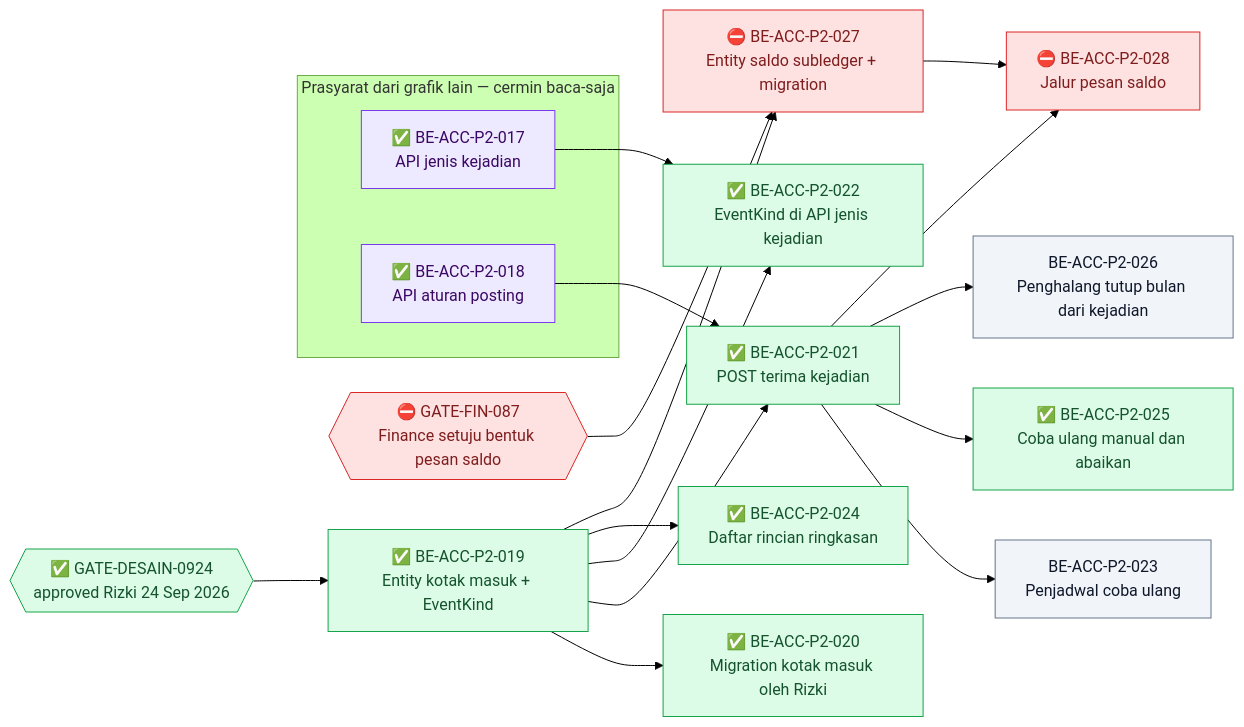
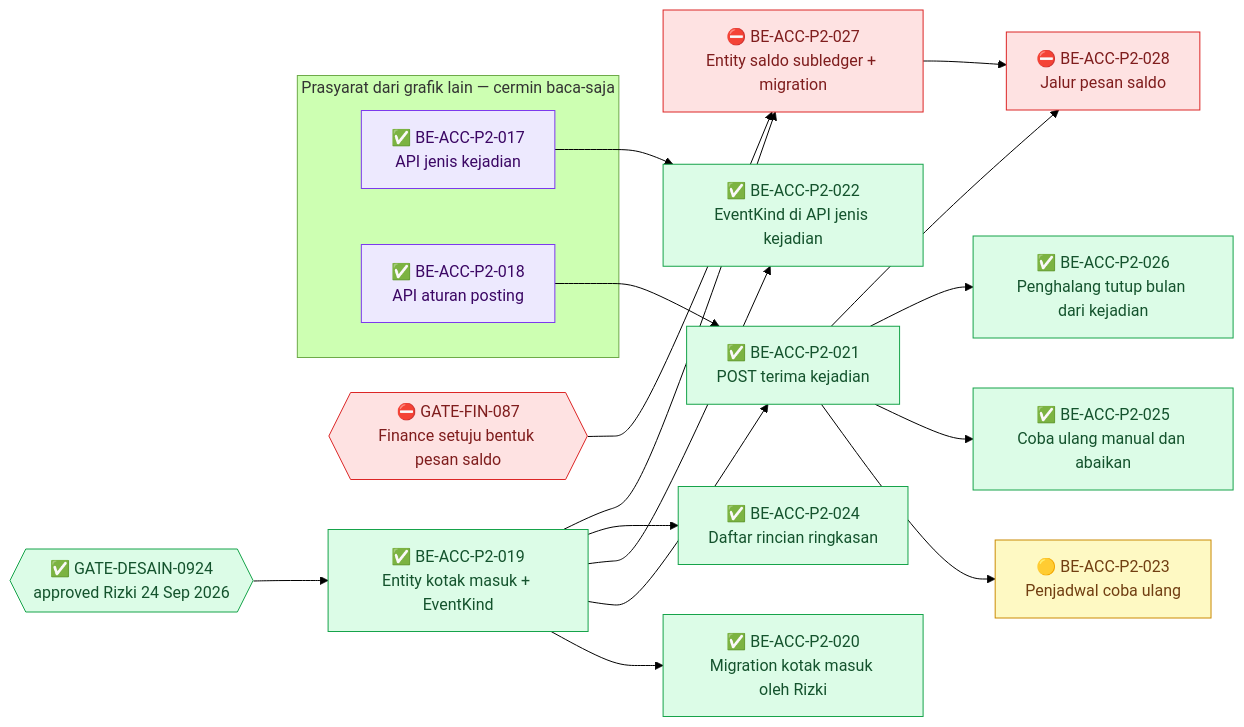
Before and after one commit to DevBenari/NewQuilvianSystemBackend: the fourth of 4 diagrams in docs/module-blueprints/accounting/roadmap/backend-roadmap-phase2.md, drawn with Mermaid (forest theme). The commit also changed other lines of this file and 15 other files, not shown here.

````diff
--- a/docs/module-blueprints/accounting/roadmap/backend-roadmap-phase2.md
+++ b/docs/module-blueprints/accounting/roadmap/backend-roadmap-phase2.md
@@ -691,42 +691,42 @@
 ```mermaid
 flowchart LR
     classDef selesai fill:#DCFCE7,stroke:#16A34A,color:#14532D
     classDef sebagian fill:#FEF9C3,stroke:#CA8A04,color:#713F12
     classDef terblokir fill:#FEE2E2,stroke:#DC2626,color:#7F1D1D
     classDef belum fill:#F1F5F9,stroke:#64748B,color:#0F172A
     classDef luar fill:#EDE9FE,stroke:#7C3AED,color:#3B0764
 
     subgraph cermin["Prasyarat dari grafik lain — cermin baca-saja"]
         MBEACCP2017["✅ BE-ACC-P2-017<br/>API jenis kejadian"]:::luar
         MBEACCP2018["✅ BE-ACC-P2-018<br/>API aturan posting"]:::luar
     end
 
     GDES{{"✅ GATE-DESAIN-0924<br/>approved Rizki 24 Sep 2026"}}:::selesai
     GFIN{{"⛔ GATE-FIN-087<br/>Finance setuju bentuk pesan saldo"}}:::terblokir
 
     BEACCP2019["✅ BE-ACC-P2-019<br/>Entity kotak masuk + EventKind"]:::selesai
     BEACCP2020["✅ BE-ACC-P2-020<br/>Migration kotak masuk oleh Rizki"]:::selesai
     BEACCP2021["✅ BE-ACC-P2-021<br/>POST terima kejadian"]:::selesai
     BEACCP2022["✅ BE-ACC-P2-022<br/>EventKind di API jenis kejadian"]:::selesai
-    BEACCP2023["BE-ACC-P2-023<br/>Penjadwal coba ulang"]:::belum
+    BEACCP2023["🟡 BE-ACC-P2-023<br/>Penjadwal coba ulang"]:::sebagian
     BEACCP2024["✅ BE-ACC-P2-024<br/>Daftar rincian ringkasan"]:::selesai
     BEACCP2025["✅ BE-ACC-P2-025<br/>Coba ulang manual dan abaikan"]:::selesai
-    BEACCP2026["BE-ACC-P2-026<br/>Penghalang tutup bulan dari kejadian"]:::belum
+    BEACCP2026["✅ BE-ACC-P2-026<br/>Penghalang tutup bulan dari kejadian"]:::selesai
     BEACCP2027["⛔ BE-ACC-P2-027<br/>Entity saldo subledger + migration"]:::terblokir
     BEACCP2028["⛔ BE-ACC-P2-028<br/>Jalur pesan saldo"]:::terblokir
 
     GDES --> BEACCP2019
     BEACCP2019 --> BEACCP2020
     BEACCP2019 --> BEACCP2021
     MBEACCP2018 --> BEACCP2021
     BEACCP2019 --> BEACCP2022
     MBEACCP2017 --> BEACCP2022
     BEACCP2021 --> BEACCP2023
     BEACCP2019 --> BEACCP2024
     BEACCP2021 --> BEACCP2025
     BEACCP2021 --> BEACCP2026
     GFIN --> BEACCP2027
     BEACCP2019 --> BEACCP2027
     BEACCP2021 --> BEACCP2028
     BEACCP2027 --> BEACCP2028
 ```
````
